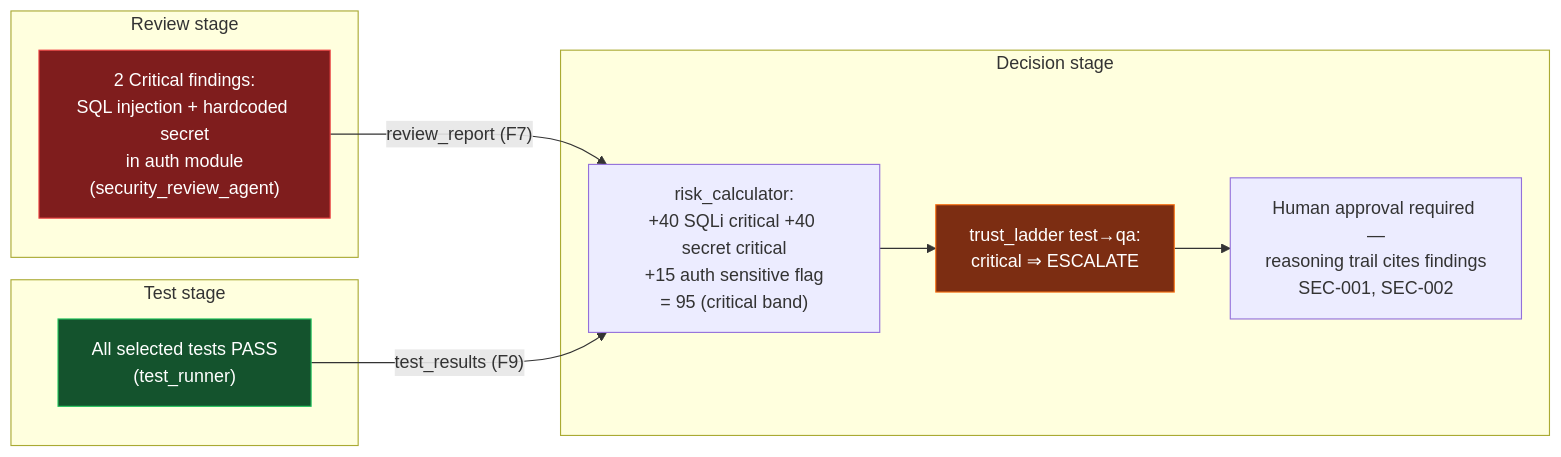
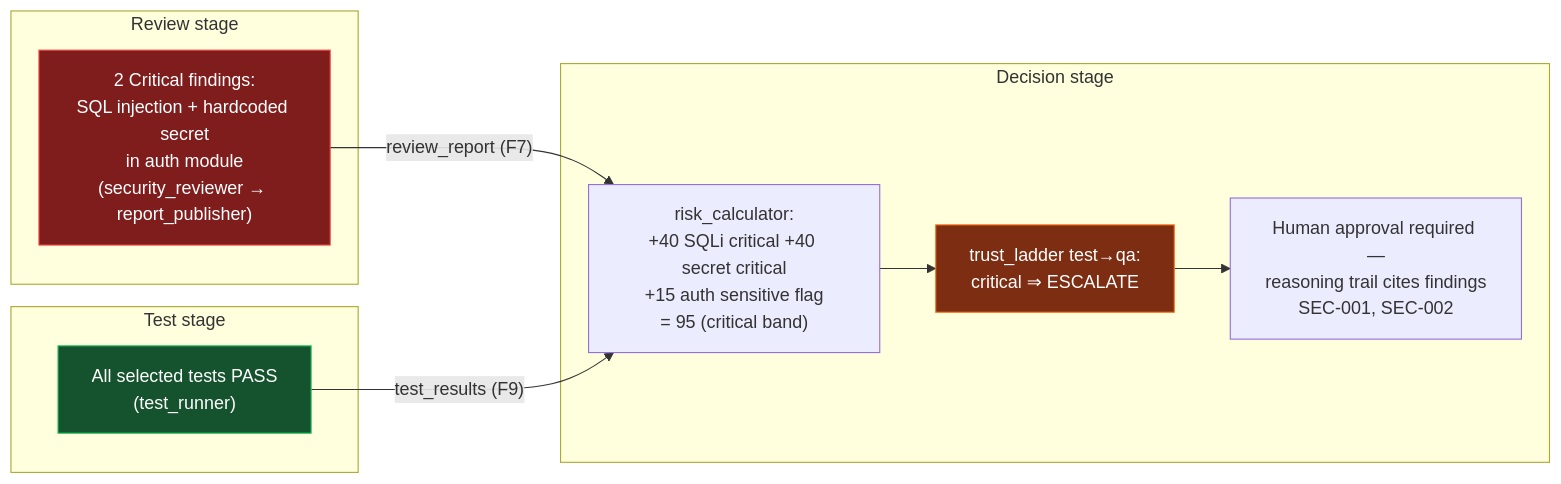
One commit to anandharshit712/Sentinel changed the fourth of 6 diagrams in docs/solution/05-architecture-diagram.md. Above: the diagram before and after it, drawn with Mermaid. The commit also changed other lines of this file and 8 other files, not shown here.

````diff
--- a/docs/solution/05-architecture-diagram.md
+++ b/docs/solution/05-architecture-diagram.md
@@ -155,21 +155,21 @@
 ```mermaid
 flowchart LR
     subgraph S1["Review stage"]
-        F["2 Critical findings:<br/>SQL injection + hardcoded secret<br/>in auth module<br/>(security_review_agent)"]
+        F["2 Critical findings:<br/>SQL injection + hardcoded secret<br/>in auth module<br/>(security_reviewer → report_publisher)"]
     end
     subgraph S2["Test stage"]
         T["All selected tests PASS<br/>(test_runner)"]
     end
     subgraph S3["Decision stage"]
         R["risk_calculator:<br/>+40 SQLi critical +40 secret critical<br/>+15 auth sensitive flag<br/>= 95 (critical band)"]
         G["trust_ladder test→qa:<br/>critical ⇒ ESCALATE"]
         H["Human approval required —<br/>reasoning trail cites findings<br/>SEC-001, SEC-002"]
     end
     F -->|"review_report (F7)"| R
     T -->|"test_results (F9)"| R
     R --> G --> H
 
     style F fill:#7f1d1d,stroke:#ef4444,color:#fff
     style T fill:#14532d,stroke:#22c55e,color:#fff
     style G fill:#7c2d12,stroke:#f97316,color:#fff
 ```
````
